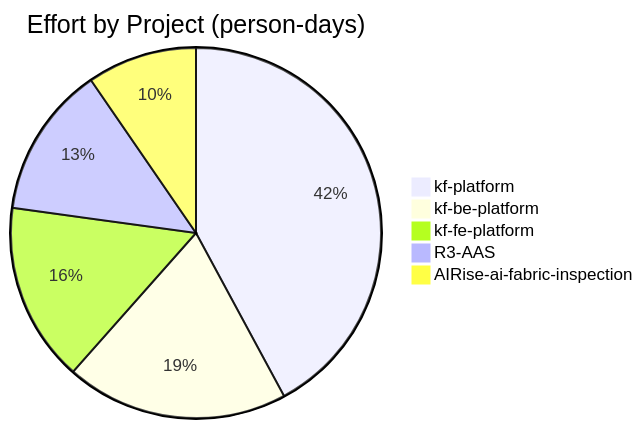
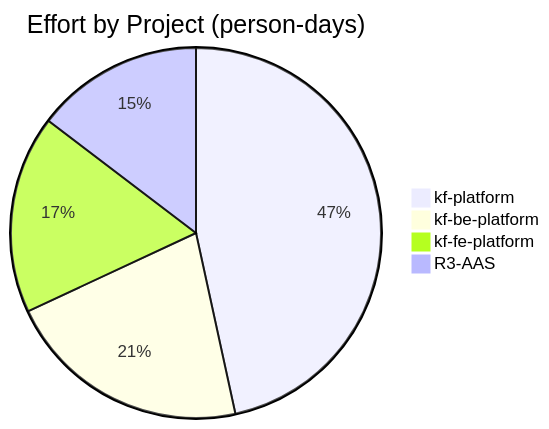
Before and after one commit to Katty-Fashion/kf-cpto: the first of 6 diagrams in docs/unified-calendar.md, drawn with Mermaid. The commit also changed other lines of this file and 18 other files, not shown here.

````diff
--- a/docs/unified-calendar.md
+++ b/docs/unified-calendar.md
@@ -10,8 +10,7 @@
 ```mermaid
 pie title Effort by Project (person-days)
     "kf-platform" : 167.0
     "kf-be-platform" : 77.0
     "kf-fe-platform" : 62.0
     "R3-AAS" : 52.5
-    "AIRise-ai-fabric-inspection" : 38.0
 ```
````
